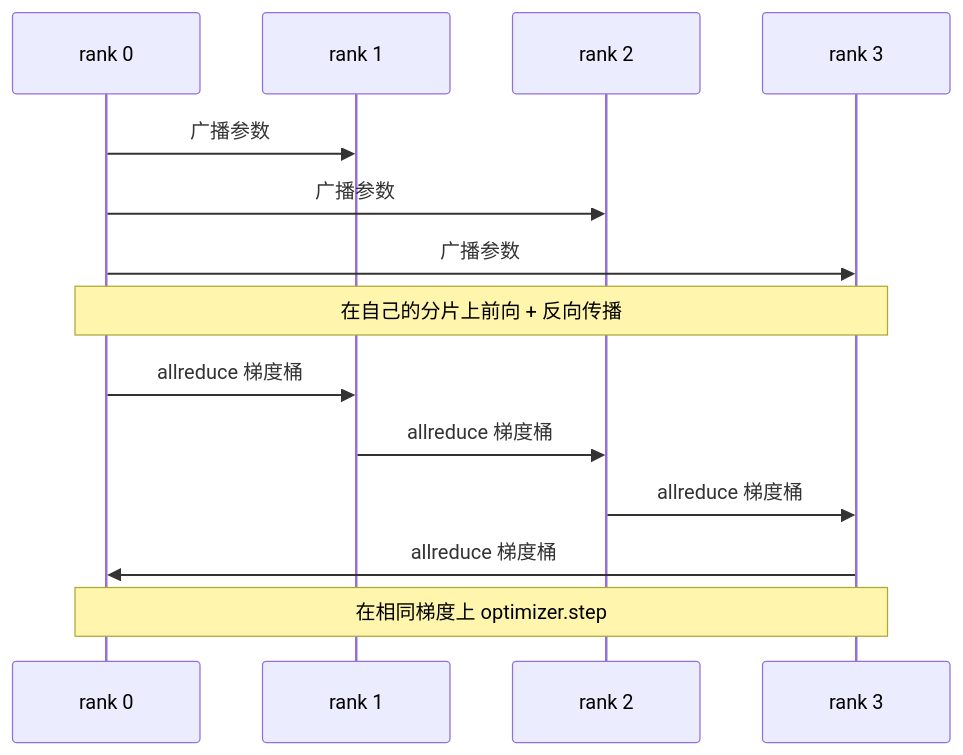
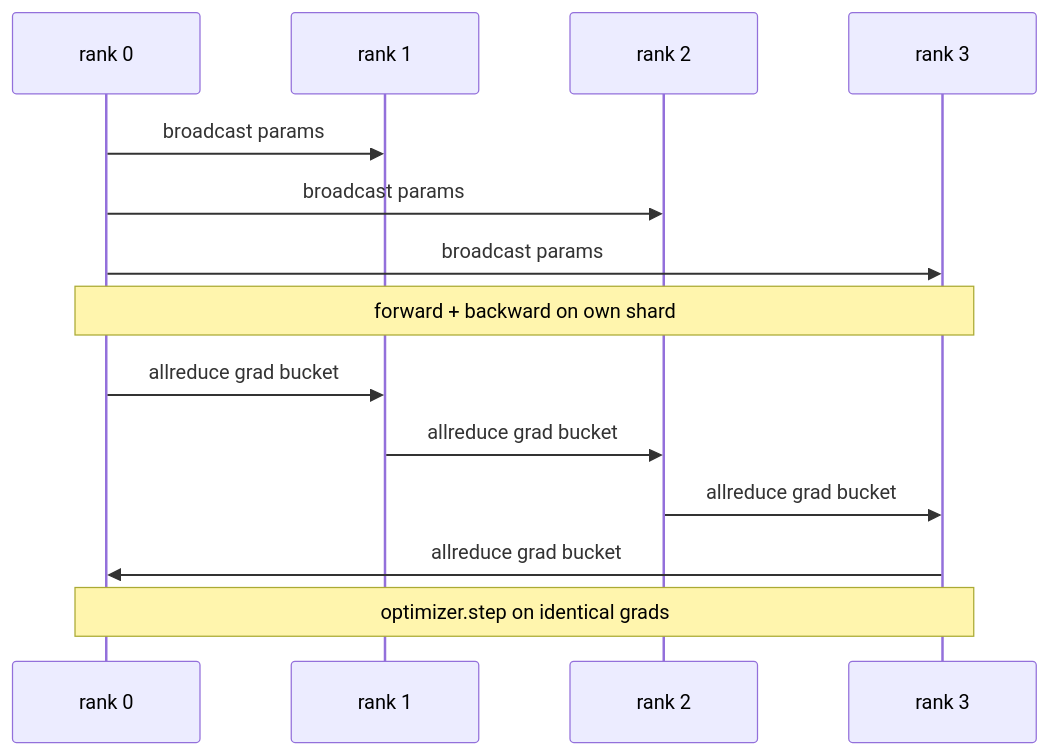
One commit to xiaojiaenen/ai-engineering-from-scratch-zh changed the diagram in i18n/zh/phases/19-capstone-projects/77-data-parallel-ddp/docs/zh.md. Above: the diagram before and after it, drawn with Mermaid. The commit also changed other lines of this file and 85 other files, not shown here.

````diff
--- a/i18n/zh/phases/19-capstone-projects/77-data-parallel-ddp/docs/zh.md
+++ b/i18n/zh/phases/19-capstone-projects/77-data-parallel-ddp/docs/zh.md
@@ -25,16 +25,16 @@
 ```mermaid
 sequenceDiagram
   participant R0 as rank 0
   participant R1 as rank 1
   participant R2 as rank 2
   participant R3 as rank 3
-  R0->>R1: 广播参数
-  R0->>R2: 广播参数
-  R0->>R3: 广播参数
-  Note over R0,R3: 在自己的分片上前向 + 反向传播
-  R0->>R1: allreduce 梯度桶
-  R1->>R2: allreduce 梯度桶
-  R2->>R3: allreduce 梯度桶
-  R3->>R0: allreduce 梯度桶
-  Note over R0,R3: 在相同梯度上 optimizer.step
+  R0->>R1: broadcast params
+  R0->>R2: broadcast params
+  R0->>R3: broadcast params
+  Note over R0,R3: forward + backward on own shard
+  R0->>R1: allreduce grad bucket
+  R1->>R2: allreduce grad bucket
+  R2->>R3: allreduce grad bucket
+  R3->>R0: allreduce grad bucket
+  Note over R0,R3: optimizer.step on identical grads
 ```
````
